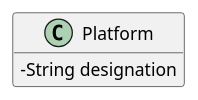
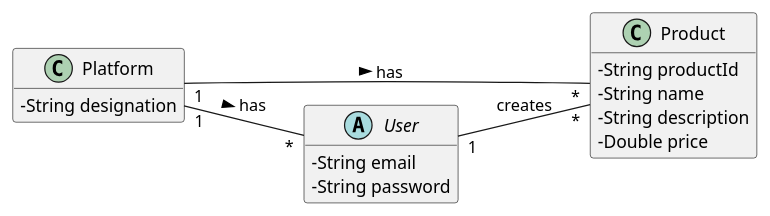
Before and after one commit to tiagoavcosta25/LAPR3: the diagram in docs/Iteration 1/Product Management/US70_RegisterProduct/US70_DM.puml, drawn with PlantUML. The commit also changed 8 other files, not shown here.

```diff
--- a/docs/Iteration 1/Product Management/US70_RegisterProduct/US70_DM.puml
+++ b/docs/Iteration 1/Product Management/US70_RegisterProduct/US70_DM.puml
@@ -1,9 +1,26 @@
 @startuml
 skinparam classAttributeIconSize 0
 hide methods
 left to right direction
 
 class Platform {
--   String designation
+    -String designation
 }
+
+class Product{
+    -String productId
+    -String name
+    -String description
+    -Double price
+}
+
+abstract class User{
+    -String email
+    -String password
+}
+
+User "1" -- "*" Product : creates
+Platform "1" -- "*" Product : has >
+Platform "1" -- "*" User : has >
+
 @enduml
```
